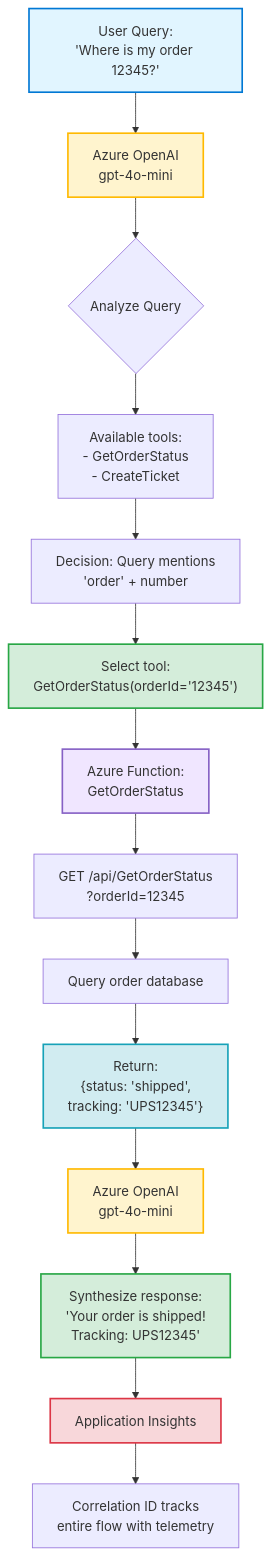
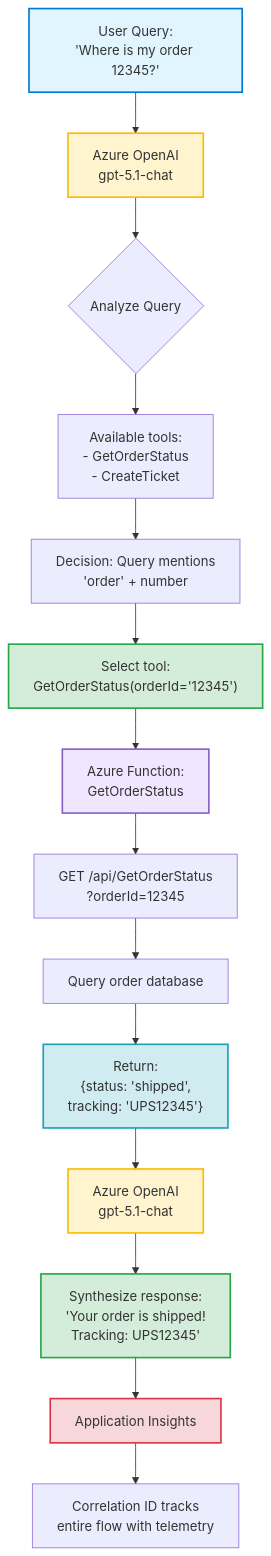
The diagram in demos/03-agent-with-tools/README.md (LuiseFreese/espc25-smart-support-agent), drawn with Mermaid before and after one commit. The commit also changed other lines of this file and 75 other files, not shown here.

````diff
--- a/demos/03-agent-with-tools/README.md
+++ b/demos/03-agent-with-tools/README.md
@@ -193,29 +193,29 @@
 ```mermaid
 flowchart TD
-    A["User Query:<br/>'Where is my order 12345?'"] --> B[Azure OpenAI<br/>gpt-4o-mini]
+    A["User Query:<br/>'Where is my order 12345?'"] --> B[Azure OpenAI<br/>gpt-5.1-chat]
     
     B --> B1{Analyze Query}
     B1 --> B2["Available tools:<br/>- GetOrderStatus<br/>- CreateTicket"]
     B2 --> B3["Decision: Query mentions<br/>'order' + number"]
     B3 --> B4["Select tool:<br/>GetOrderStatus(orderId='12345')"]
     
     B4 --> C["Azure Function:<br/>GetOrderStatus"]
     C --> C1["GET /api/GetOrderStatus<br/>?orderId=12345"]
     C1 --> C2["Query order database"]
     C2 --> C3["Return:<br/>{status: 'shipped',<br/>tracking: 'UPS12345'}"]
     
-    C3 --> D[Azure OpenAI<br/>gpt-4o-mini]
+    C3 --> D[Azure OpenAI<br/>gpt-5.1-chat]
     D --> D1["Synthesize response:<br/>'Your order is shipped!<br/>Tracking: UPS12345'"]
     
     D1 --> E[Application Insights]
     E --> E1["Correlation ID tracks<br/>entire flow with telemetry"]
     
     style A fill:#e1f5ff,stroke:#0078d4,stroke-width:2px
     style B fill:#fff4ce,stroke:#ffb900,stroke-width:2px
     style B4 fill:#d4edda,stroke:#28a745,stroke-width:2px
     style C fill:#f0e6ff,stroke:#8661c5,stroke-width:2px
     style C3 fill:#d1ecf1,stroke:#17a2b8,stroke-width:2px
     style D fill:#fff4ce,stroke:#ffb900,stroke-width:2px
     style D1 fill:#d4edda,stroke:#28a745,stroke-width:2px
     style E fill:#f8d7da,stroke:#dc3545,stroke-width:2px
 ```
````
